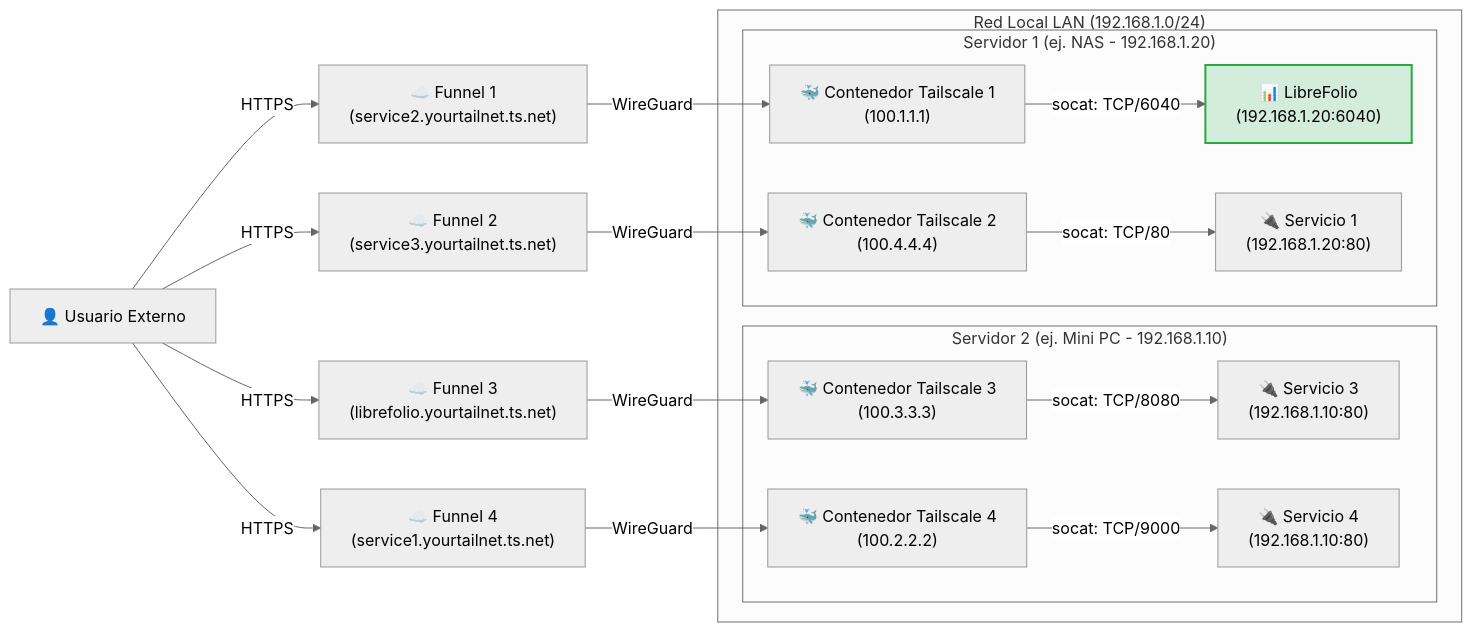
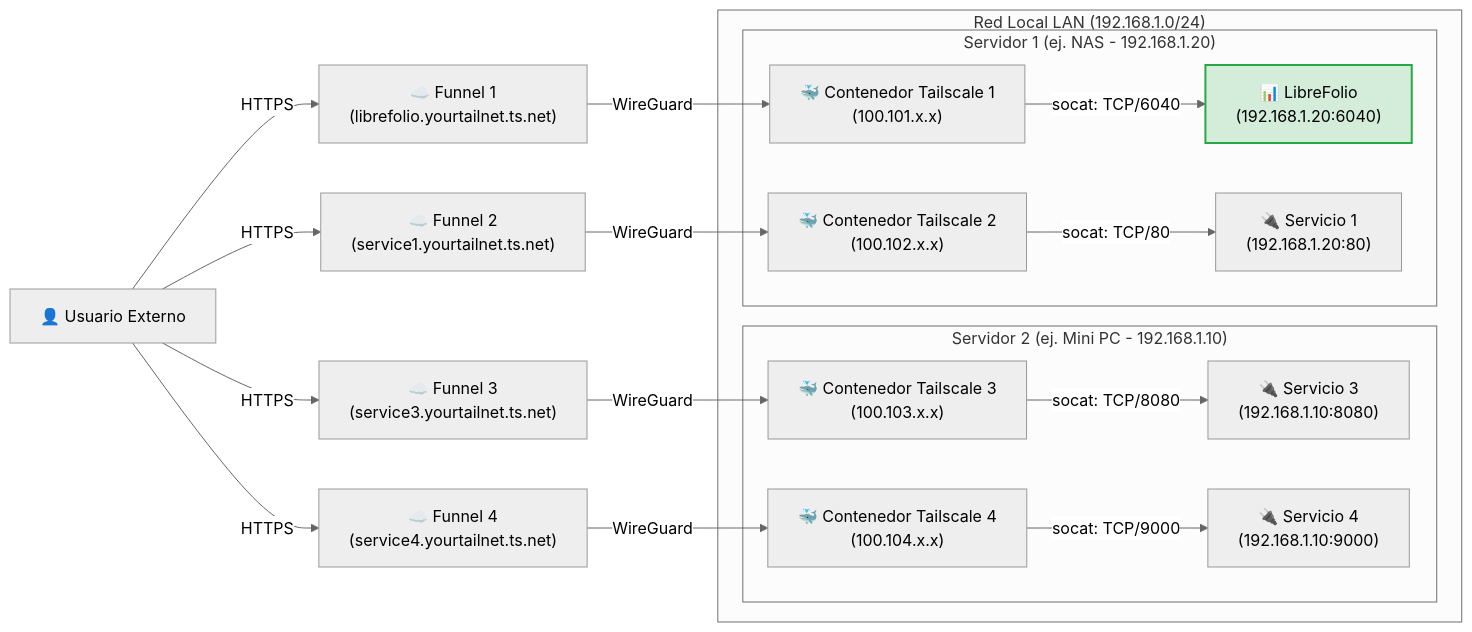
The fifth of 5 diagrams in mkdocs_src/docs/admin/service_exposure.es.md (Librefolio/LibreFolio), drawn with Mermaid (neutral theme) before and after one commit. The commit also changed other lines of this file and 5 other files, not shown here.

````diff
--- a/mkdocs_src/docs/admin/service_exposure.es.md
+++ b/mkdocs_src/docs/admin/service_exposure.es.md
@@ -377,24 +377,24 @@
 ```mermaid
 graph LR
- User["👤 Usuario Externo"] -->|HTTPS| Funnel1["☁️ Funnel 1<br>(service2.yourtailnet.ts.net)"]
- User -->|HTTPS| Funnel2["☁️ Funnel 2<br>(service3.yourtailnet.ts.net)"]
- User -->|HTTPS| Funnel3["☁️ Funnel 3<br>(librefolio.yourtailnet.ts.net)"]
- User -->|HTTPS| Funnel4["☁️ Funnel 4<br>(service1.yourtailnet.ts.net)"]
+ User["👤 Usuario Externo"] -->|HTTPS| Funnel1["☁️ Funnel 1<br>(librefolio.yourtailnet.ts.net)"]
+ User -->|HTTPS| Funnel2["☁️ Funnel 2<br>(service1.yourtailnet.ts.net)"]
+ User -->|HTTPS| Funnel3["☁️ Funnel 3<br>(service3.yourtailnet.ts.net)"]
+ User -->|HTTPS| Funnel4["☁️ Funnel 4<br>(service4.yourtailnet.ts.net)"]
  
- Funnel1 -->|WireGuard| TSC1["🐳 Contenedor Tailscale 1<br>(100.1.1.1)"]
- Funnel2 -->|WireGuard| TSC2["🐳 Contenedor Tailscale 2<br>(100.4.4.4)"]
- Funnel3 -->|WireGuard| TSC3["🐳 Contenedor Tailscale 3<br>(100.3.3.3)"]
- Funnel4 -->|WireGuard| TSC4["🐳 Contenedor Tailscale 4<br>(100.2.2.2)"]
+ Funnel1 -->|WireGuard| TSC1["🐳 Contenedor Tailscale 1<br>(100.101.x.x)"]
+ Funnel2 -->|WireGuard| TSC2["🐳 Contenedor Tailscale 2<br>(100.102.x.x)"]
+ Funnel3 -->|WireGuard| TSC3["🐳 Contenedor Tailscale 3<br>(100.103.x.x)"]
+ Funnel4 -->|WireGuard| TSC4["🐳 Contenedor Tailscale 4<br>(100.104.x.x)"]
  
  subgraph LAN ["Red Local LAN (192.168.1.0/24)"]
  subgraph Host2 ["Servidor 2 (ej. Mini PC - 192.168.1.10)"]
- TSC3 -->|socat: TCP/8080| Service3["🔌 Servicio 3<br>(192.168.1.10:80)"]
- TSC4 -->|socat: TCP/9000| Service4["🔌 Servicio 4<br>(192.168.1.10:80)"]
+ TSC3 -->|socat: TCP/8080| Service3["🔌 Servicio 3<br>(192.168.1.10:8080)"]
+ TSC4 -->|socat: TCP/9000| Service4["🔌 Servicio 4<br>(192.168.1.10:9000)"]
  end
  subgraph Host1 ["Servidor 1 (ej. NAS - 192.168.1.20)"]
  TSC1 -->|socat: TCP/6040| LibreFolio["📊 LibreFolio<br>(192.168.1.20:6040)"]
  TSC2 -->|socat: TCP/80| Service1["🔌 Servicio 1<br>(192.168.1.20:80)"]
  end
  end
  style LibreFolio fill:#d4edda,stroke:#28a745,stroke-width:2px;
 ```
````
